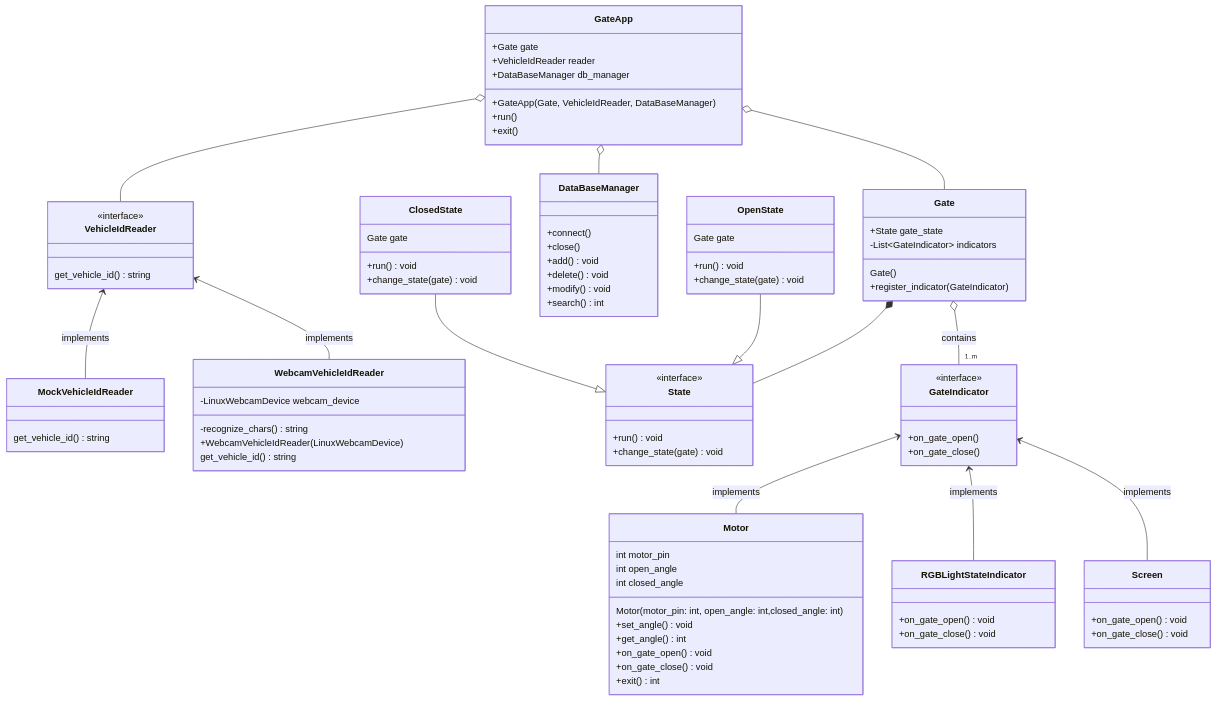
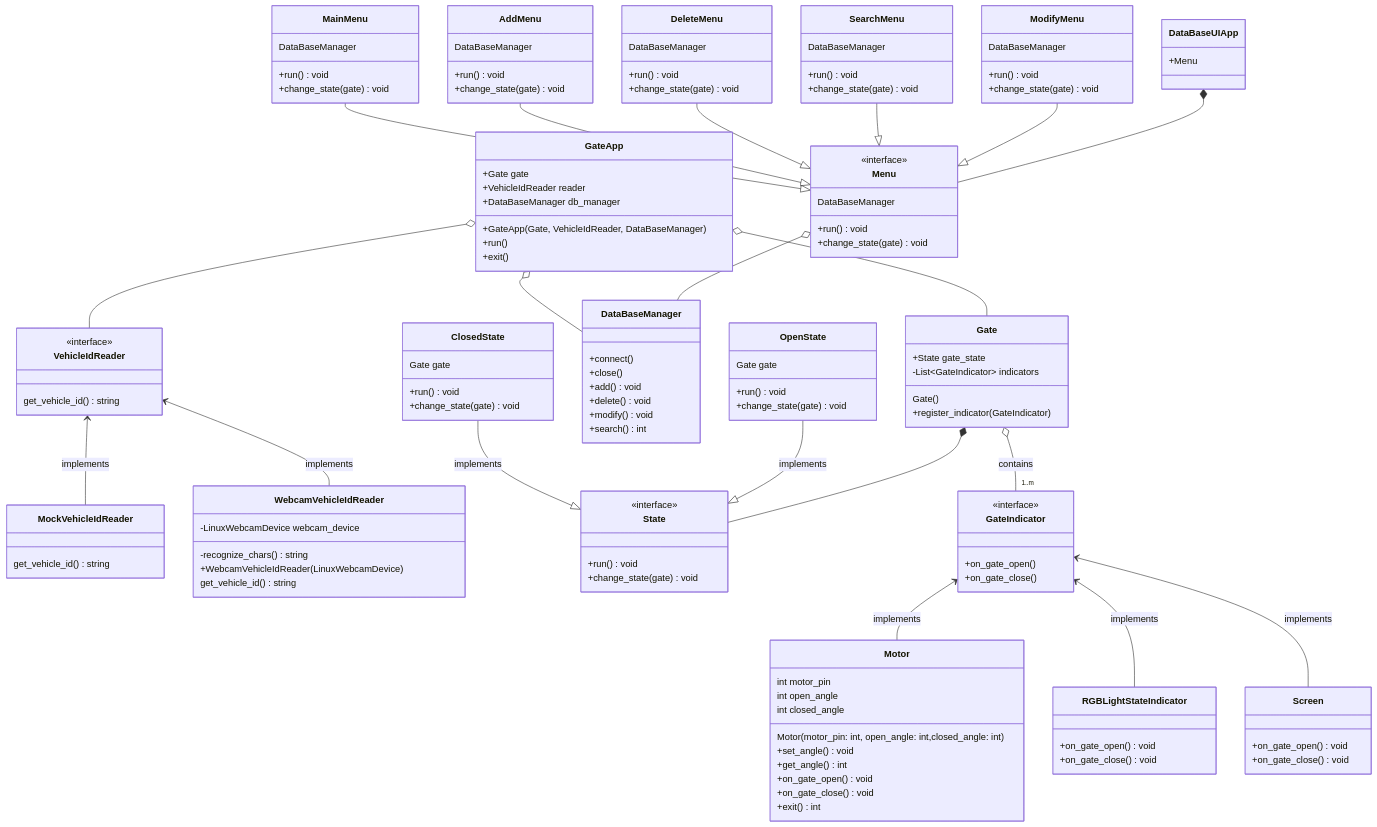
The first of 3 diagrams in software_structure.md (Xiaoyang-Lyu/y2_project), drawn with Mermaid before and after one commit. The commit also changed other lines of this file and 10 other files, not shown here.

````diff
--- a/software_structure.md
+++ b/software_structure.md
@@ -109,11 +109,58 @@
 }
 
 
-ClosedState --|> State
-OpenState --|> State
+ClosedState --|> State: implements
+OpenState --|> State: implements
 Gate *-- State
 
 
+class DataBaseUIApp{
+    +Menu
+}
+
+Menu o-- DataBaseManager
+class Menu{
+    <<interface>>
+    DataBaseManager
+    +run() void
+    +change_state(gate) void
+}
+
+class MainMenu{
+    DataBaseManager
+    +run() void
+    +change_state(gate) void
+}
+
+
+class AddMenu{
+    DataBaseManager
+    +run() void
+    +change_state(gate) void
+}
+class DeleteMenu{
+    DataBaseManager
+    +run() void
+    +change_state(gate) void
+}
+class SearchMenu{
+    DataBaseManager
+    +run() void
+    +change_state(gate) void
+}
+
+class ModifyMenu{
+    DataBaseManager
+    +run() void
+    +change_state(gate) void
+}
+
+MainMenu --|> Menu
+AddMenu --|> Menu
+DeleteMenu --|> Menu
+SearchMenu --|> Menu
+ModifyMenu --|> Menu
+DataBaseUIApp *-- Menu
 
 
 ```
````
